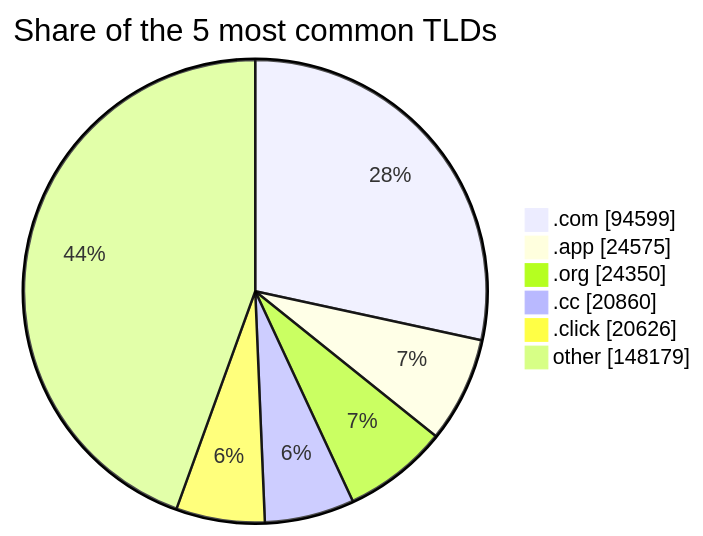
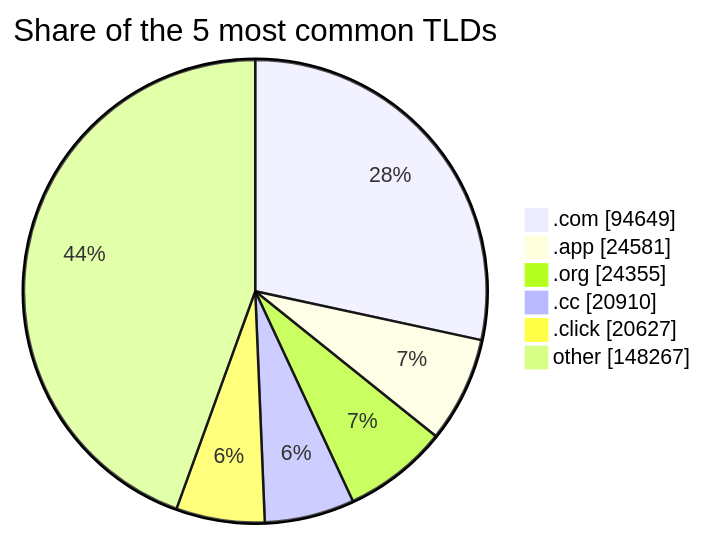
Before and after one commit to DNSBunker/CTI: the third of 3 diagrams in README.md, drawn with Mermaid. The commit also changed other lines of this file and 4 other files, not shown here.

````diff
--- a/README.md
+++ b/README.md
@@ -81,9 +81,9 @@
 ```mermaid
 pie showData title Share of the 5 most common TLDs
-    ".com" : 94599
-    ".app" : 24575
-    ".org" : 24350
-    ".cc" : 20860
-    ".click" : 20626
-    "other" : 148179
+    ".com" : 94649
+    ".app" : 24581
+    ".org" : 24355
+    ".cc" : 20910
+    ".click" : 20627
+    "other" : 148267
 ```
````
